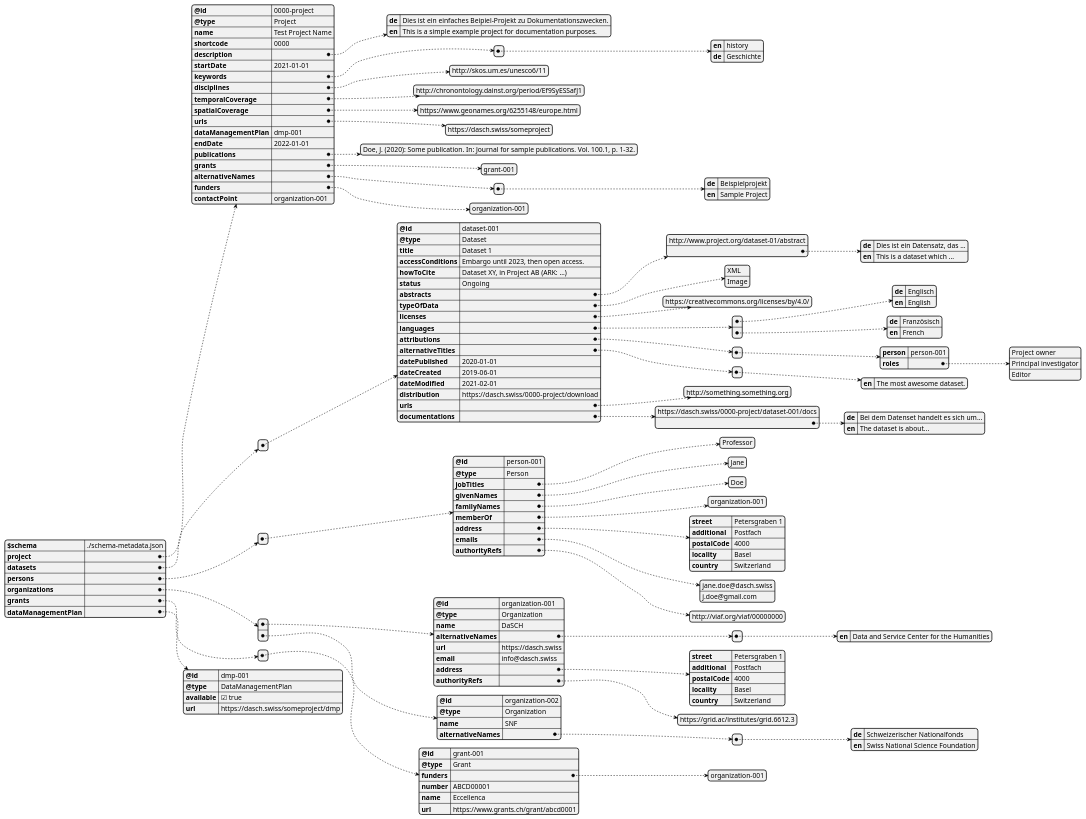
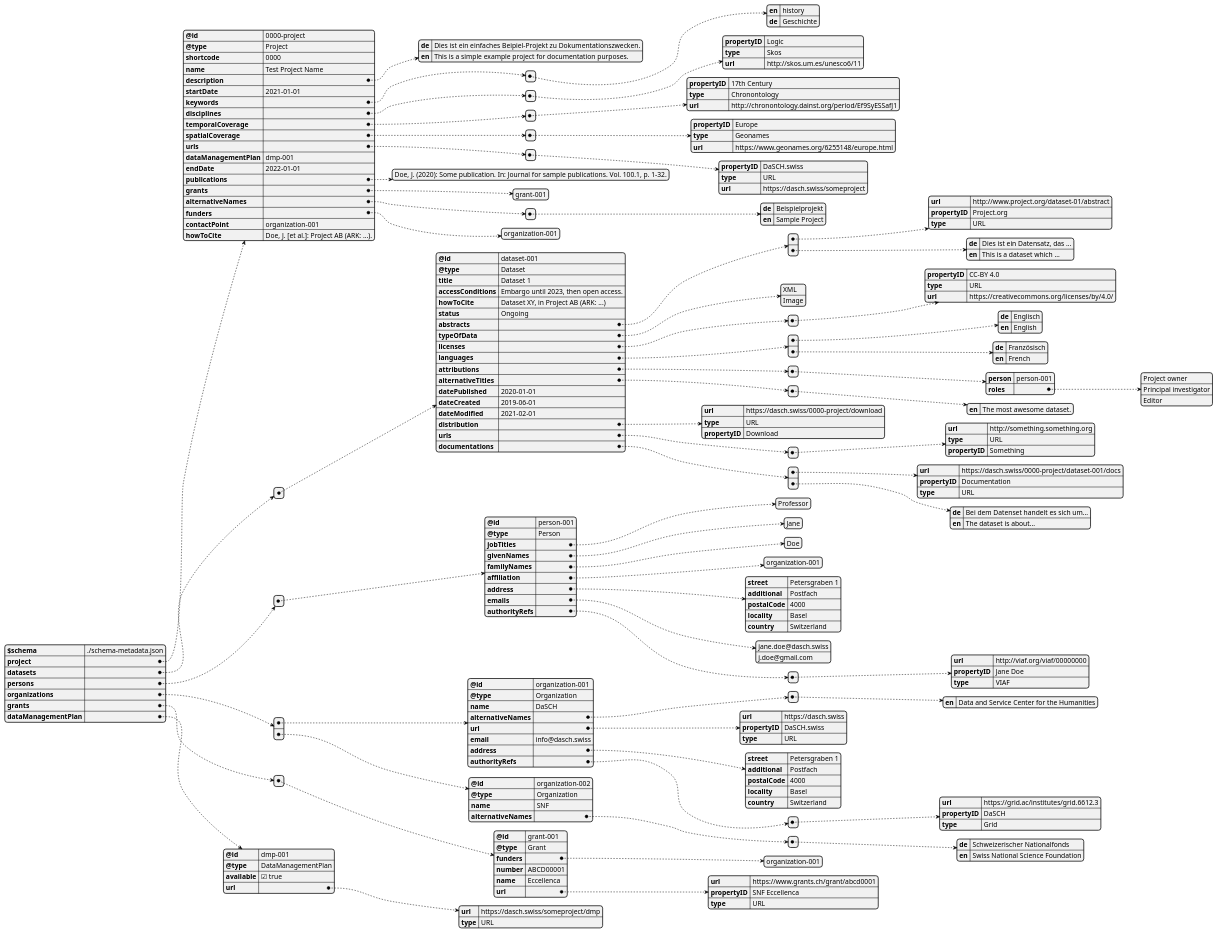
Before and after one commit to dasch-swiss/dasch-service-platform: the diagram in docs/services/metadata/api-example.puml, drawn with PlantUML. The commit also changed 6 other files, not shown here.

```diff
--- a/docs/services/metadata/api-example.puml
+++ b/docs/services/metadata/api-example.puml
@@ -5,8 +5,8 @@
   "project": {
     "@id": "0000-project",
     "@type": "Project",
+    "shortcode": "0000",
     "name": "Test Project Name",
-    "shortcode": "0000",
     "description": {
       "de": "Dies ist ein einfaches Beipiel-Projekt zu Dokumentationszwecken.",
       "en": "This is a simple example project for documentation purposes."
@@ -19,16 +19,32 @@
       }
     ],
     "disciplines": [
-      "http://skos.um.es/unesco6/11"
+      {
+        "propertyID": "Logic",
+        "type": "Skos",
+        "url": "http://skos.um.es/unesco6/11"
+      }
     ],
     "temporalCoverage": [
-      "http://chronontology.dainst.org/period/Ef9SyESSafJ1"
+      {
+        "propertyID": "17th Century",
+        "type": "Chronontology",
+        "url": "http://chronontology.dainst.org/period/Ef9SyESSafJ1"
+      }
     ],
     "spatialCoverage": [
-      "https://www.geonames.org/6255148/europe.html"
+      {
+        "propertyID": "Europe",
+        "type": "Geonames",
+        "url": "https://www.geonames.org/6255148/europe.html"
+      }
     ],
     "urls": [
-      "https://dasch.swiss/someproject"
+      {
+        "propertyID": "DaSCH.swiss",
+        "type": "URL",
+        "url": "https://dasch.swiss/someproject"
+      }
     ],
     "dataManagementPlan": "dmp-001",
     "endDate": "2022-01-01",
@@ -47,7 +63,8 @@
     "funders": [
       "organization-001"
     ],
-    "contactPoint": "organization-001"
+    "contactPoint": "organization-001",
+    "howToCite": "Doe, J. [et al.]: Project AB (ARK: ...)."
   },
   "datasets": [
     {
@@ -58,7 +75,11 @@
       "howToCite": "Dataset XY, in Project AB (ARK: ...)",
       "status": "Ongoing",
       "abstracts": [
-        "http://www.project.org/dataset-01/abstract",
+        {
+          "url": "http://www.project.org/dataset-01/abstract",
+          "propertyID": "Project.org",
+          "type": "URL"
+        },
         {
           "de": "Dies ist ein Datensatz, das ...",
           "en": "This is a dataset which ..."
@@ -69,7 +90,11 @@
         "Image"
       ],
       "licenses": [
-        "https://creativecommons.org/licenses/by/4.0/"
+        {
+          "propertyID": "CC-BY 4.0",
+          "type": "URL",
+          "url": "https://creativecommons.org/licenses/by/4.0/"
+        }
       ],
       "languages": [
         {
@@ -99,12 +124,24 @@
       "datePublished": "2020-01-01",
       "dateCreated": "2019-06-01",
       "dateModified": "2021-02-01",
-      "distribution": "https://dasch.swiss/0000-project/download",
+      "distribution": {
+        "url": "https://dasch.swiss/0000-project/download",
+        "type": "URL",
+        "propertyID": "Download"
+      },
       "urls": [
-        "http://something.something.org"
+        {
+          "url": "http://something.something.org",
+          "type": "URL",
+          "propertyID": "Something"
+        }
       ],
       "documentations": [
-        "https://dasch.swiss/0000-project/dataset-001/docs",
+        {
+          "url": "https://dasch.swiss/0000-project/dataset-001/docs",
+          "propertyID": "Documentation",
+          "type": "URL"
+        },
         {
           "de": "Bei dem Datenset handelt es sich um...",
           "en": "The dataset is about..."
@@ -125,7 +162,7 @@
       "familyNames": [
         "Doe"
       ],
-      "memberOf": [
+      "affiliation": [
         "organization-001"
       ],
       "address": {
@@ -140,7 +177,11 @@
         "j.doe@gmail.com"
       ],
       "authorityRefs": [
-        "http://viaf.org/viaf/00000000"
+        {
+          "url": "http://viaf.org/viaf/00000000",
+          "propertyID": "Jane Doe",
+          "type": "VIAF"
+        }
       ]
     }
   ],
@@ -154,7 +195,11 @@
           "en": "Data and Service Center for the Humanities"
         }
       ],
-      "url": "https://dasch.swiss",
+      "url": {
+        "url": "https://dasch.swiss",
+        "propertyID": "DaSCH.swiss",
+        "type": "URL"
+      },
       "email": "info@dasch.swiss",
       "address": {
         "street": "Petersgraben 1",
@@ -164,7 +209,11 @@
         "country": "Switzerland"
       },
       "authorityRefs": [
-        "https://grid.ac/institutes/grid.6612.3"
+        {
+          "url": "https://grid.ac/institutes/grid.6612.3",
+          "propertyID": "DaSCH",
+          "type": "Grid"
+        }
       ]
     },
     {
@@ -188,14 +237,21 @@
       ],
       "number": "ABCD00001",
       "name": "Eccellenca",
-      "url": "https://www.grants.ch/grant/abcd0001"
+      "url": {
+        "url": "https://www.grants.ch/grant/abcd0001",
+        "propertyID": "SNF Eccellenca",
+        "type": "URL"
+      }
     }
   ],
   "dataManagementPlan": {
     "@id": "dmp-001",
     "@type": "DataManagementPlan",
     "available": true,
-    "url": "https://dasch.swiss/someproject/dmp"
+    "url": {
+      "url": "https://dasch.swiss/someproject/dmp",
+      "type": "URL"
+    }
   }
 }
 
```
